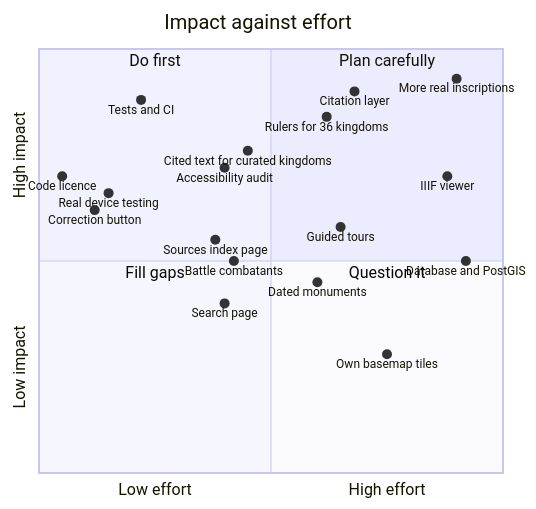
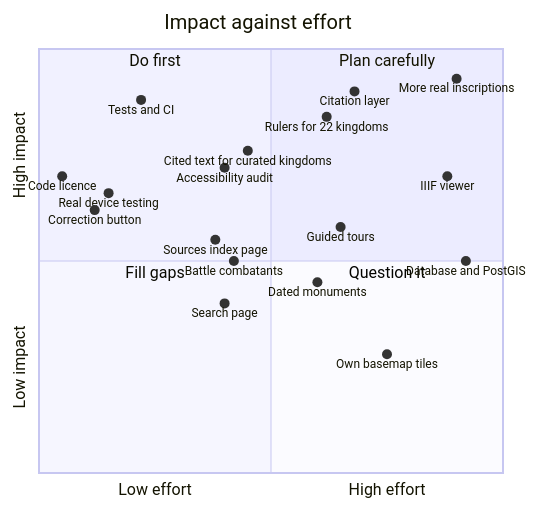
Before and after one commit to varunaditya27/BHAARATA: the diagram in docs/BACKLOG.md, drawn with Mermaid. The commit also changed other lines of this file and 1 other file, not shown here.

````diff
--- a/docs/BACKLOG.md
+++ b/docs/BACKLOG.md
@@ -29,27 +29,27 @@
 ```mermaid
 quadrantChart
     title Impact against effort
     x-axis Low effort --> High effort
     y-axis Low impact --> High impact
     quadrant-1 Plan carefully
     quadrant-2 Do first
     quadrant-3 Fill gaps
     quadrant-4 Question it
     Tests and CI: [0.22, 0.88]
     Code licence: [0.05, 0.7]
     Correction button: [0.12, 0.62]
     Real device testing: [0.15, 0.66]
-    Rulers for 36 kingdoms: [0.62, 0.84]
+    Rulers for 22 kingdoms: [0.62, 0.84]
     Cited text for curated kingdoms: [0.45, 0.76]
     Citation layer: [0.68, 0.9]
     More real inscriptions: [0.9, 0.93]
     Accessibility audit: [0.4, 0.72]
     Sources index page: [0.38, 0.55]
     Battle combatants: [0.42, 0.5]
     Dated monuments: [0.6, 0.45]
     IIIF viewer: [0.88, 0.7]
     Search page: [0.4, 0.4]
     Guided tours: [0.65, 0.58]
     Database and PostGIS: [0.92, 0.5]
     Own basemap tiles: [0.75, 0.28]
 ```
````
